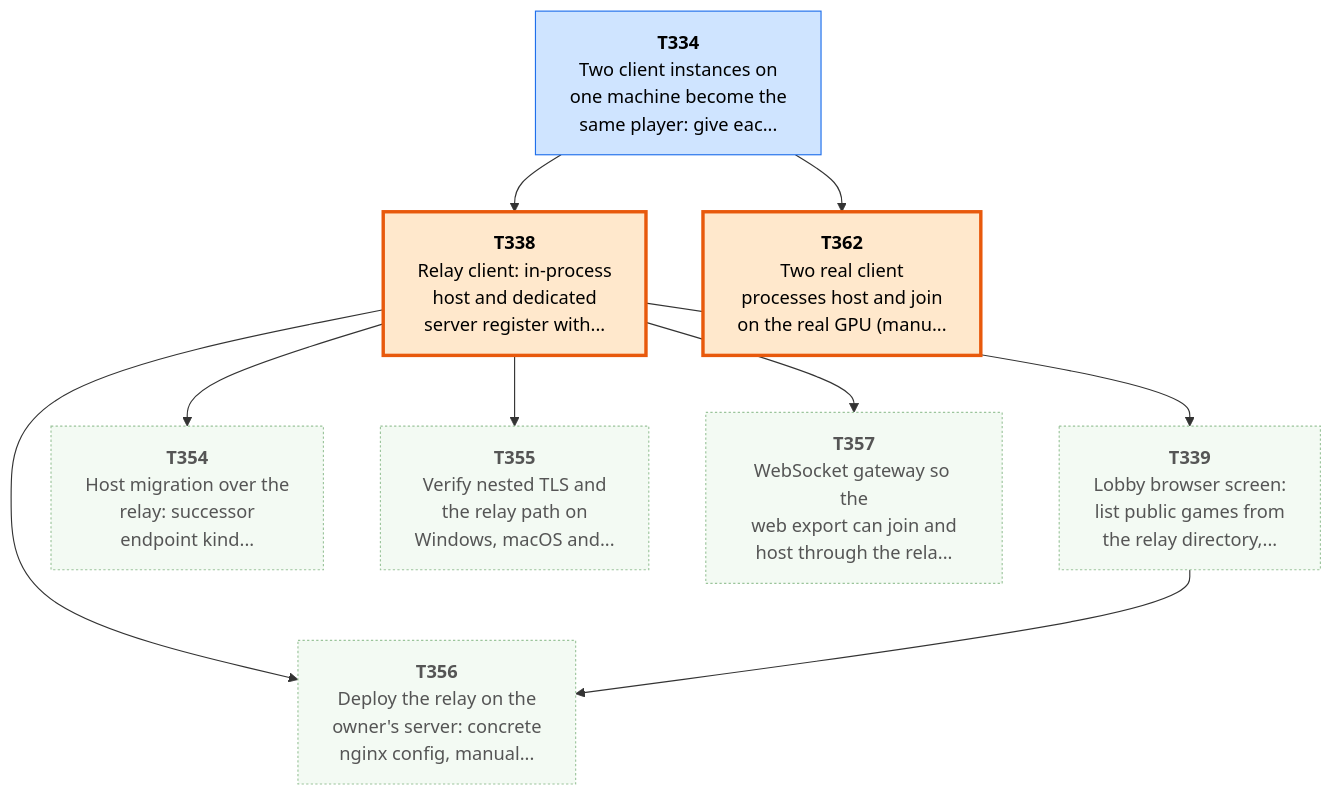
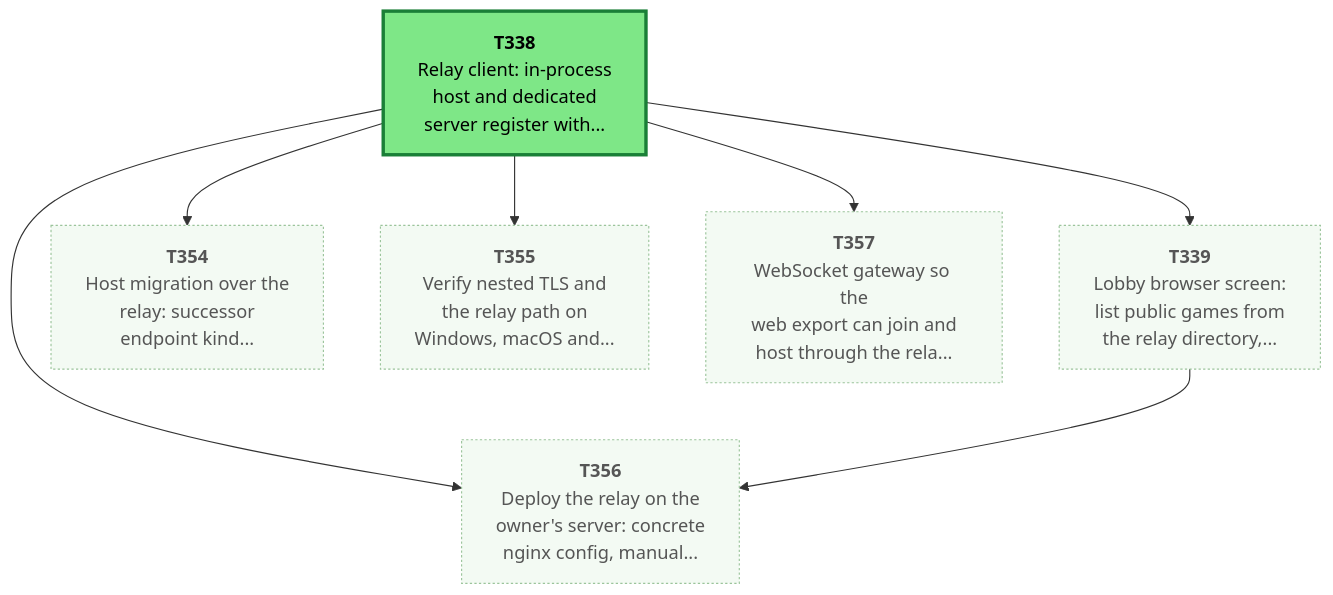
Before and after one commit to Kenmura/Unciv: the first of 8 diagrams in csharp/migration/DEPENDENCY_MAP.md, drawn with Mermaid. The commit also changed other lines of this file and 1 other file, not shown here.

Commit message:
migration: review T334 pass [Adversarial Review]

````diff
--- a/csharp/migration/DEPENDENCY_MAP.md
+++ b/csharp/migration/DEPENDENCY_MAP.md
@@ -59,34 +58,28 @@
 ```mermaid
 flowchart TD
-  T334["<b>T334</b><br/>Two client instances on<br/>one machine become the<br/>same player: give eac..."]
   T338["<b>T338</b><br/>Relay client: in-process<br/>host and dedicated<br/>server register with..."]
   T339["<b>T339</b><br/>Lobby browser screen:<br/>list public games from<br/>the relay directory,..."]
   T354["<b>T354</b><br/>Host migration over the<br/>relay: successor<br/>endpoint kind..."]
   T355["<b>T355</b><br/>Verify nested TLS and<br/>the relay path on<br/>Windows, macOS and..."]
   T356["<b>T356</b><br/>Deploy the relay on the<br/>owner's server: concrete<br/>nginx config, manual..."]
   T357["<b>T357</b><br/>WebSocket gateway so the<br/>web export can join and<br/>host through the rela..."]
-  T362["<b>T362</b><br/>Two real client<br/>processes host and join<br/>on the real GPU (manu..."]
-  T334 --> T338
   T338 --> T339
   T338 --> T354
   T338 --> T355
   T338 --> T356
   T339 --> T356
   T338 --> T357
-  T334 --> T362
   classDef waiting fill:#f3faf3,stroke:#9bc49b,color:#555,stroke-dasharray:2 2
   classDef ondeck fill:#ffe8cc,stroke:#e8590c,stroke-width:3px,color:#000
   classDef ready fill:#7ee787,stroke:#1a7f37,stroke-width:3px,color:#000
   classDef prog fill:#fff3b0,stroke:#b58900,color:#000
   classDef review fill:#cfe4ff,stroke:#1f6feb,color:#000
   classDef blocked fill:#ffd6d6,stroke:#c62828,color:#000
   classDef done fill:#eeeeee,stroke:#999999,color:#666,stroke-dasharray:4 3
-  class T334 review
-  class T338 ondeck
+  class T338 ready
   class T339 waiting
   class T354 waiting
   class T355 waiting
   class T356 waiting
   class T357 waiting
-  class T362 ondeck
 ```
````
